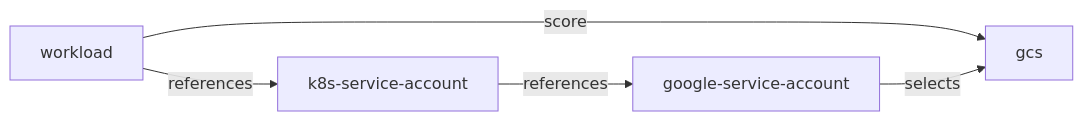
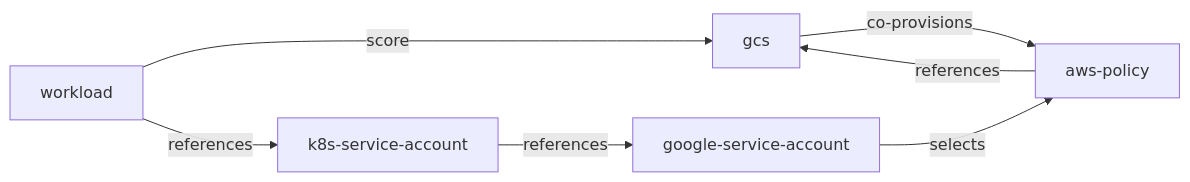
One commit to TEST-ACCOUNT-APURV/redis-test changed the diagram in resources/gcs-full/README.md. Above: the diagram before and after it, drawn with Mermaid. The commit also changed other lines of this file, not shown here.

````diff
--- a/resources/gcs-full/README.md
+++ b/resources/gcs-full/README.md
@@ -15,7 +15,9 @@
 ```mermaid
 graph LR
   workload -- score --> gcs
+  gcs -- co-provisions -->  aws-policy
+  aws-policy -- references --> gcs
   workload -- references --> k8s-service-account
   k8s-service-account -- references --> google-service-account
-  google-service-account -- selects --> gcs
+  google-service-account -- selects --> aws-policy
 ```
````
